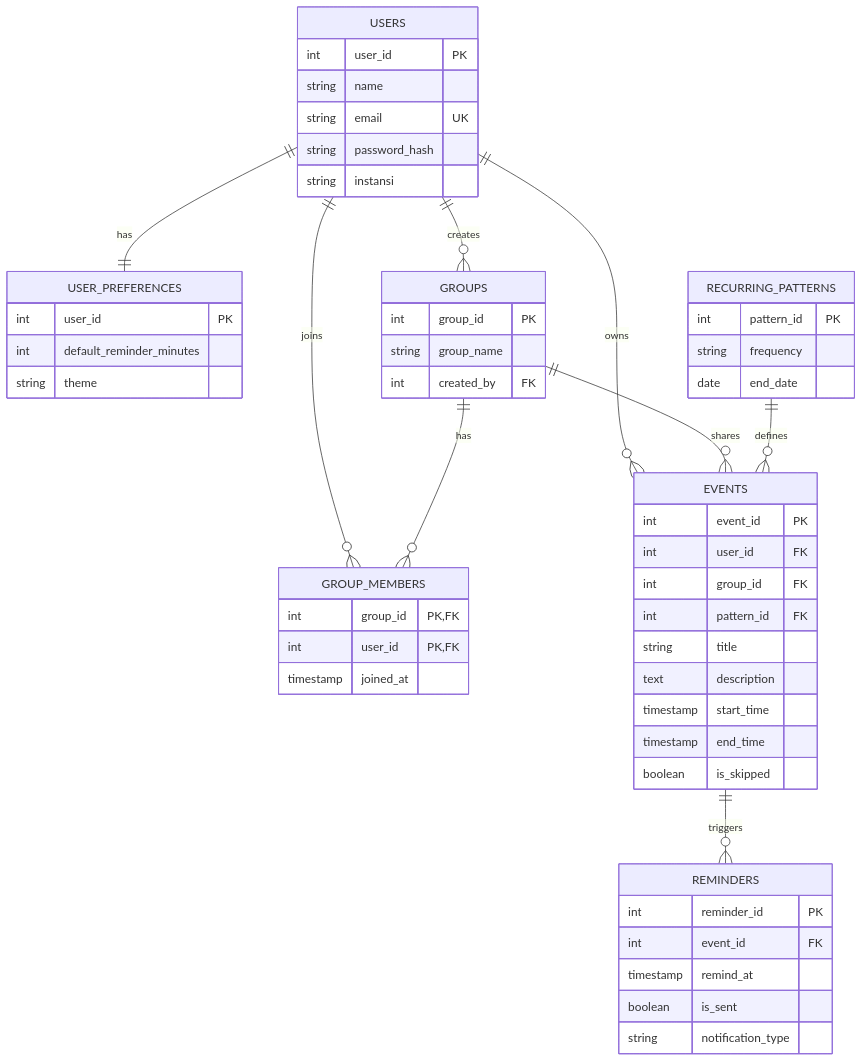
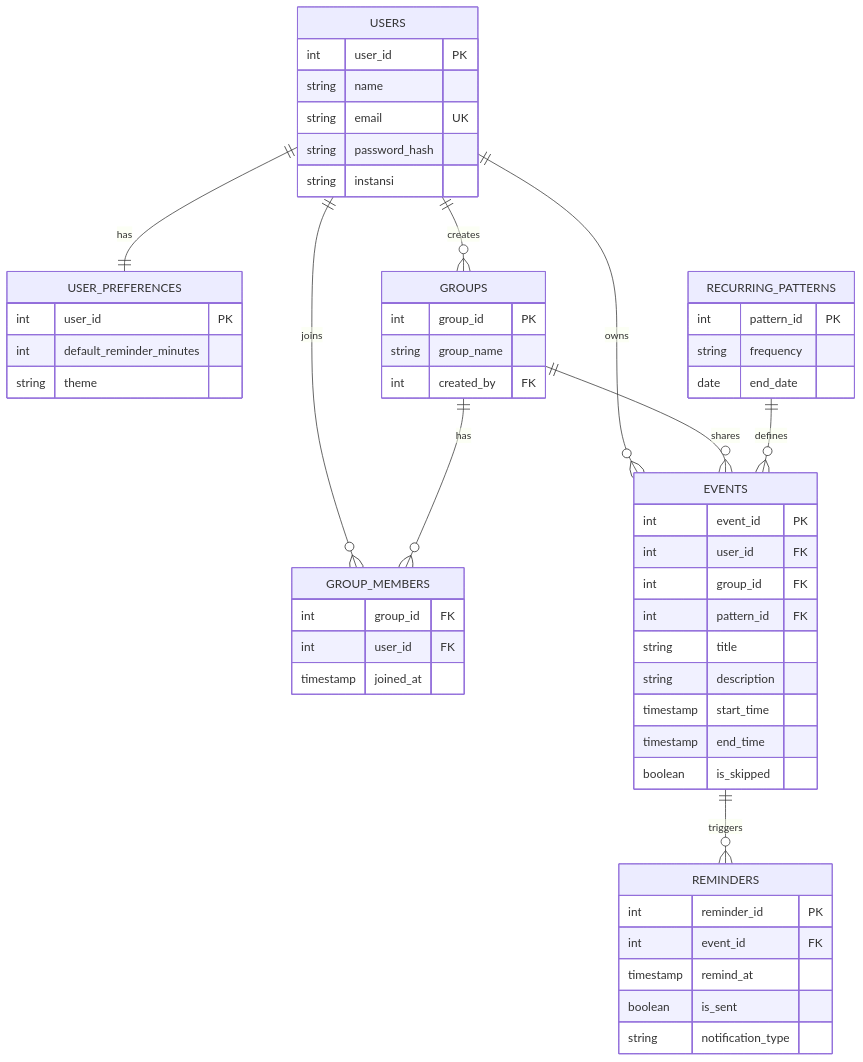
The diagram in README.md (misaelsammy/simaju-backend), drawn with Mermaid before and after one commit.

Commit message:
fix(docs): fix Mermaid ERD syntax to render properly on GitHub and Markdown viewers

````diff
--- a/README.md
+++ b/README.md
@@ -27,63 +27,63 @@
 ```mermaid
 erDiagram
     USERS ||--|| USER_PREFERENCES : "has"
     USERS ||--o{ GROUPS : "creates"
     USERS ||--o{ GROUP_MEMBERS : "joins"
     GROUPS ||--o{ GROUP_MEMBERS : "has"
     USERS ||--o{ EVENTS : "owns"
     GROUPS ||--o{ EVENTS : "shares"
     RECURRING_PATTERNS ||--o{ EVENTS : "defines"
     EVENTS ||--o{ REMINDERS : "triggers"
 
     USERS {
         int user_id PK
         string name
         string email UK
         string password_hash
         string instansi
     }
 
     USER_PREFERENCES {
         int user_id PK
         int default_reminder_minutes
         string theme
     }
 
     GROUPS {
         int group_id PK
         string group_name
         int created_by FK
     }
 
     GROUP_MEMBERS {
-        int group_id PK,FK
-        int user_id PK,FK
+        int group_id FK
+        int user_id FK
         timestamp joined_at
     }
 
     RECURRING_PATTERNS {
         int pattern_id PK
         string frequency
         date end_date
     }
 
     EVENTS {
         int event_id PK
         int user_id FK
         int group_id FK
         int pattern_id FK
         string title
-        text description
+        string description
         timestamp start_time
         timestamp end_time
         boolean is_skipped
     }
 
     REMINDERS {
         int reminder_id PK
         int event_id FK
         timestamp remind_at
         boolean is_sent
         string notification_type
     }
 ```
````
